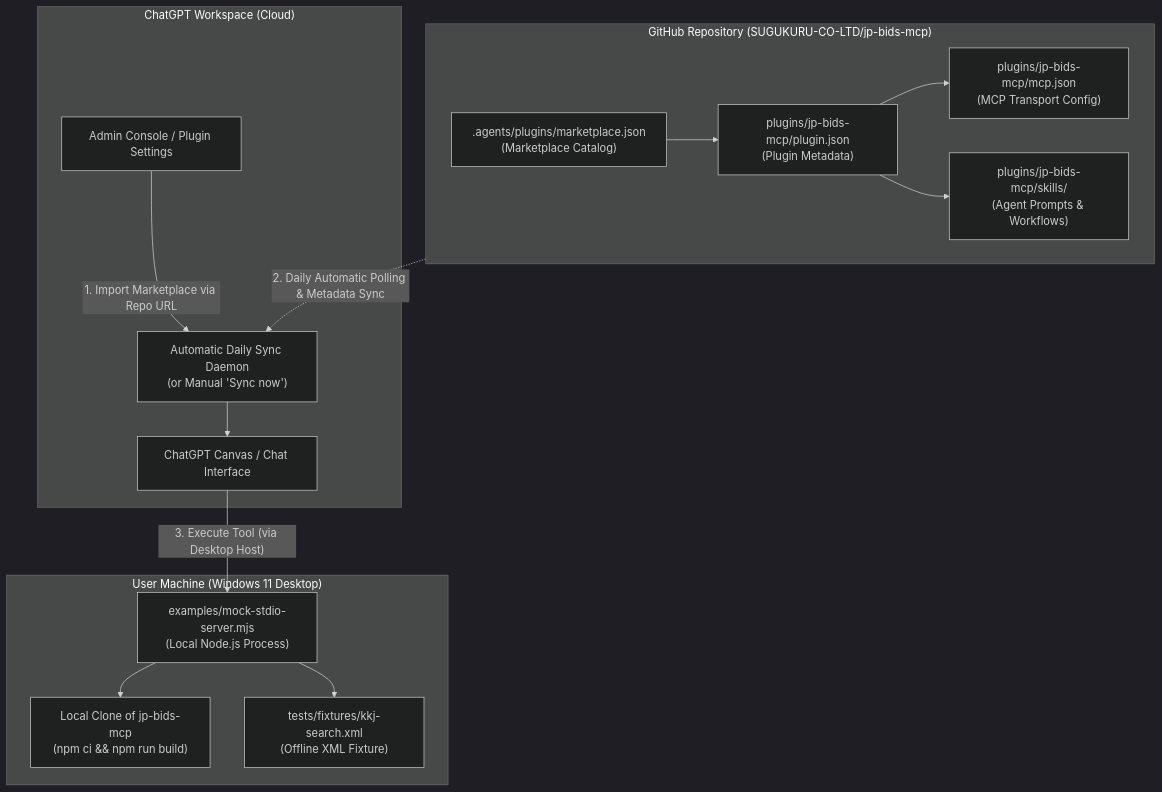
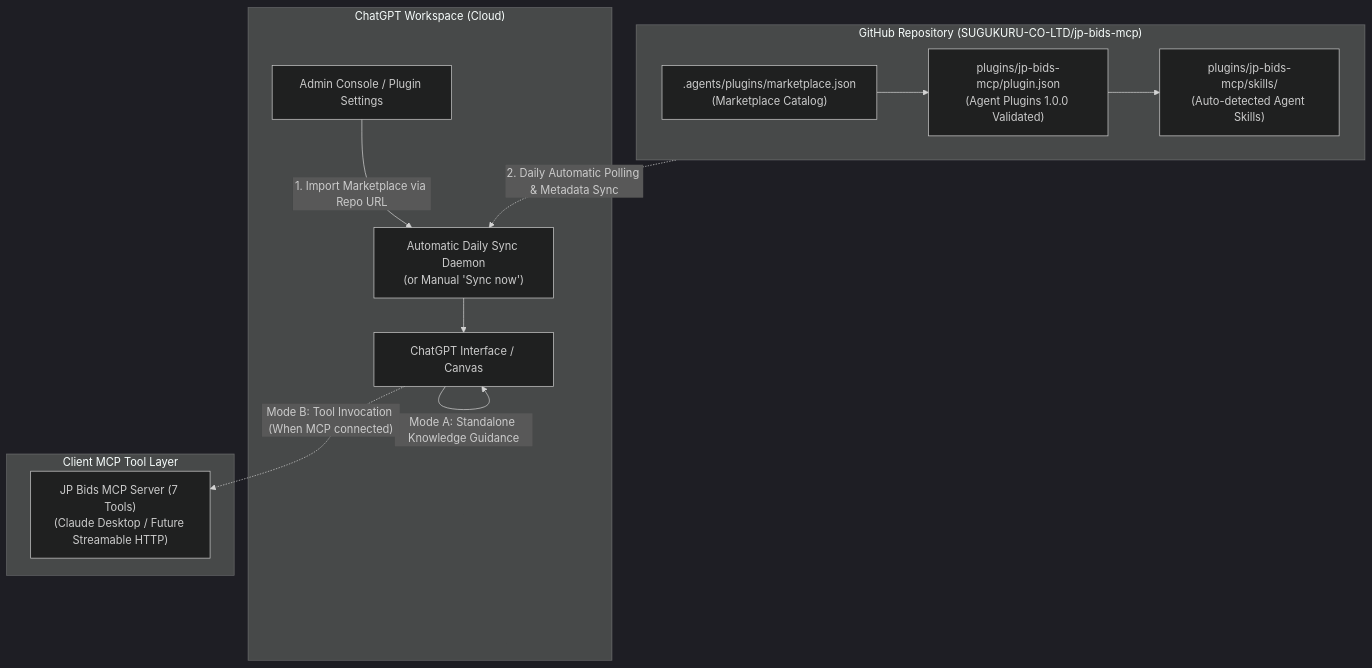
One commit to SUGUKURU-CO-LTD/jp-bids-mcp changed the diagram in docs/chatgpt/GITHUB_MARKETPLACE_SETUP.md. Above: the diagram before and after it, drawn with Mermaid (dark theme). The commit also changed other lines of this file and 6 other files, not shown here.

Commit message:
fix(marketplace): align plugin manifest with Agent Plugins 1.0.0 official schema and isolate unverified stdio

````diff
--- a/docs/chatgpt/GITHUB_MARKETPLACE_SETUP.md
+++ b/docs/chatgpt/GITHUB_MARKETPLACE_SETUP.md
@@ -11,34 +11,29 @@
 ```mermaid
 flowchart TD
   subgraph GitHub["GitHub Repository (SUGUKURU-CO-LTD/jp-bids-mcp)"]
     Marketplace[".agents/plugins/marketplace.json\n(Marketplace Catalog)"]
-    PluginManifest["plugins/jp-bids-mcp/plugin.json\n(Plugin Metadata)"]
-    McpConfig["plugins/jp-bids-mcp/mcp.json\n(MCP Transport Config)"]
-    Skills["plugins/jp-bids-mcp/skills/\n(Agent Prompts & Workflows)"]
+    PluginManifest["plugins/jp-bids-mcp/plugin.json\n(Agent Plugins 1.0.0 Validated)"]
+    Skills["plugins/jp-bids-mcp/skills/\n(Auto-detected Agent Skills)"]
     Marketplace --> PluginManifest
-    PluginManifest --> McpConfig
     PluginManifest --> Skills
   end
 
   subgraph ChatGPT["ChatGPT Workspace (Cloud)"]
     Admin["Admin Console / Plugin Settings"]
     CatalogSync["Automatic Daily Sync Daemon\n(or Manual 'Sync now')"]
-    ChatInterface["ChatGPT Canvas / Chat Interface"]
+    ChatInterface["ChatGPT Interface / Canvas"]
   end
 
-  subgraph LocalClient["User Machine (Windows 11 Desktop)"]
-    LocalRepo["Local Clone of jp-bids-mcp\n(npm ci && npm run build)"]
-    StdioServer["examples/mock-stdio-server.mjs\n(Local Node.js Process)"]
-    OfflineFixture["tests/fixtures/kkj-search.xml\n(Offline XML Fixture)"]
+  subgraph ClientEnvironment["Client MCP Tool Layer"]
+    MCPTool["JP Bids MCP Server (7 Tools)\n(Claude Desktop / Future Streamable HTTP)"]
   end
 
   %% Sync Flow
   Admin -- "1. Import Marketplace via Repo URL" --> CatalogSync
   GitHub -. "2. Daily Automatic Polling & Metadata Sync" .-> CatalogSync
   CatalogSync --> ChatInterface
 
-  %% Execution Flow (Desktop stdio)
-  ChatInterface -- "3. Execute Tool (via Desktop Host)" --> StdioServer
-  StdioServer --> LocalRepo
-  StdioServer --> OfflineFixture
+  %% Execution Flow
+  ChatInterface -- "Mode A: Standalone Knowledge Guidance" --> ChatInterface
+  ChatInterface -. "Mode B: Tool Invocation (When MCP connected)" .-> MCPTool
 ```
````
